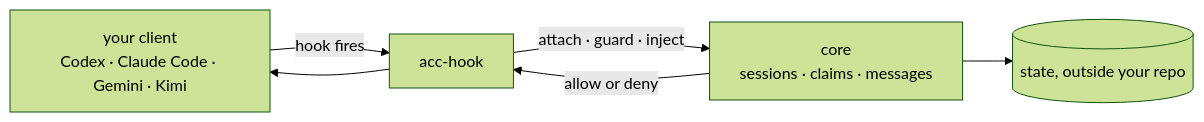
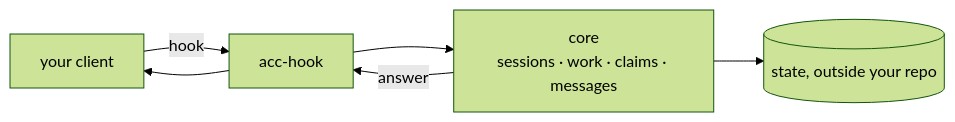
Before and after one commit to automatis-tools/agents-can-communicate: the second of 2 diagrams in README.md, drawn with Mermaid (forest theme). The commit also changed other lines of this file and 3 other files, not shown here.

````diff
--- a/README.md
+++ b/README.md
@@ -172,8 +128,8 @@
 ```mermaid
 graph LR
-  C["your client<br/>Codex · Claude Code · Gemini · Kimi"] -->|hook fires| H[acc-hook]
-  H -->|attach · guard · inject| K["core<br/>sessions · claims · messages"]
+  C[your client] -->|hook| H[acc-hook]
+  H --> K["core<br/>sessions · work · claims · messages"]
   K --> S[(state, outside your repo)]
-  K -->|allow or deny| H
+  K -->|answer| H
   H --> C
 ```
````
